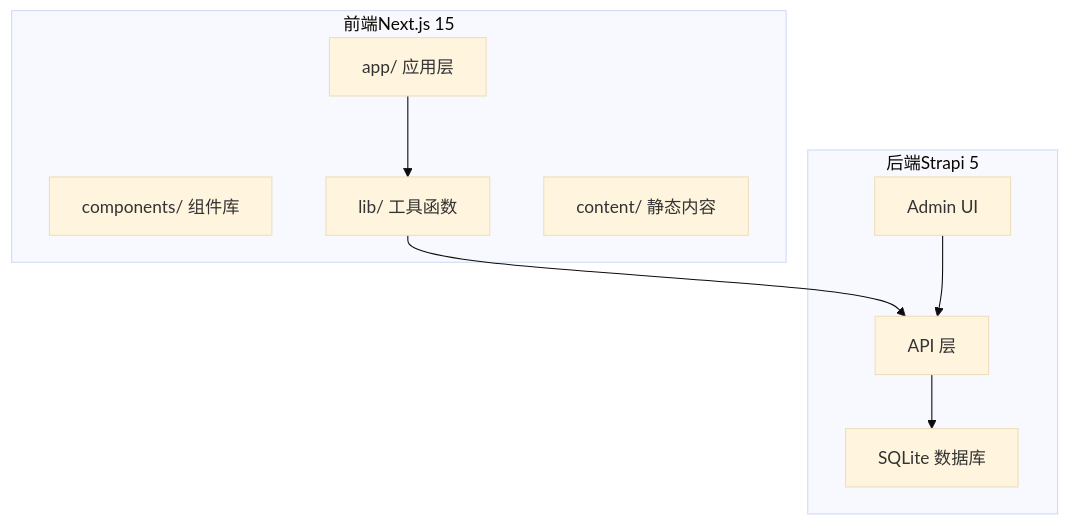
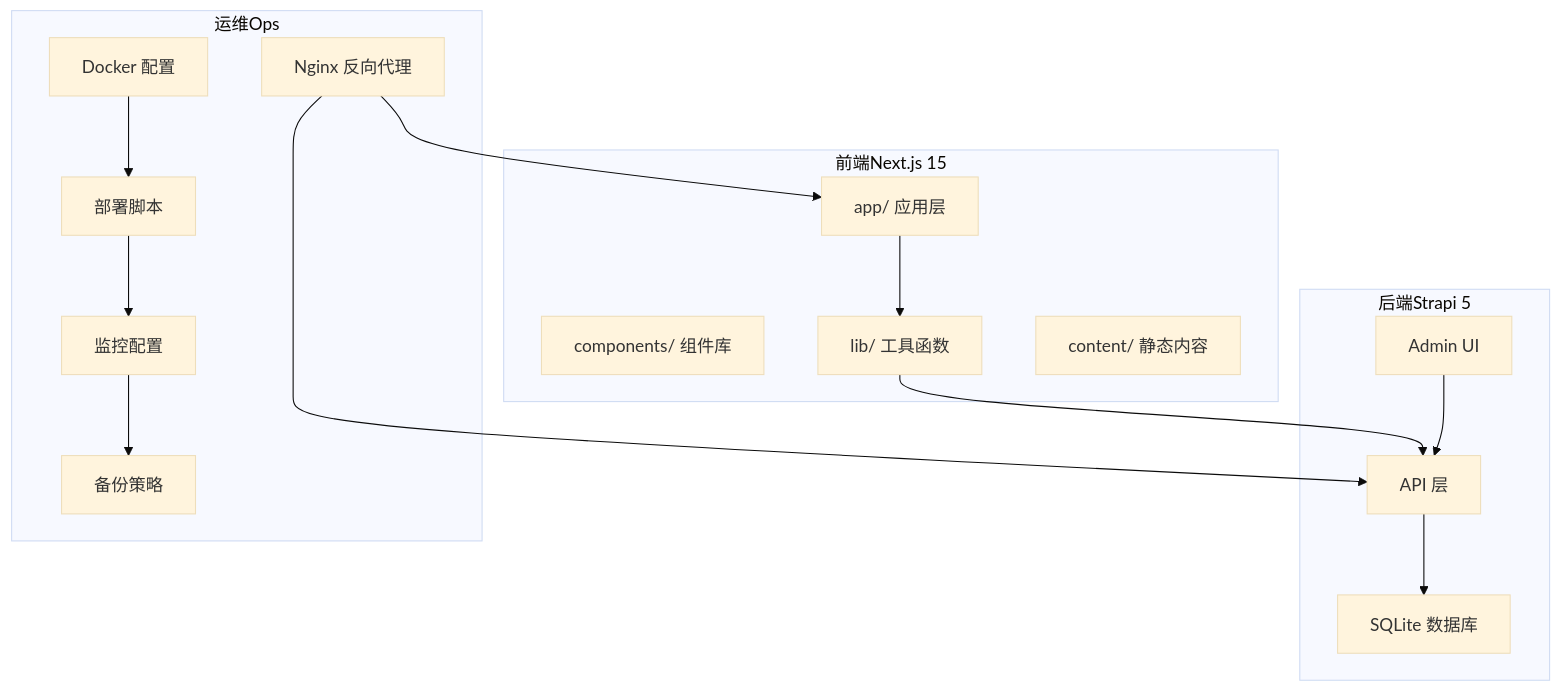
One commit to Will0253/zczk changed the first of 5 diagrams in .qoder/repowiki/zh/content/规格文档/规格文档.md. Above: the diagram before and after it, drawn with Mermaid (base theme). The commit also changed other lines of this file and 13 other files, not shown here.

````diff
--- a/.qoder/repowiki/zh/content/规格文档/规格文档.md
+++ b/.qoder/repowiki/zh/content/规格文档/规格文档.md
@@ -67,18 +81,30 @@
 ```mermaid
 graph TB
 subgraph "前端Next.js 15"
 FE_App["app/ 应用层"]
 FE_Components["components/ 组件库"]
 FE_Lib["lib/ 工具函数"]
 FE_Content["content/ 静态内容"]
 end
 subgraph "后端Strapi 5"
 BE_API["API 层"]
 BE_DB["SQLite 数据库"]
 BE_Admin["Admin UI"]
 end
+subgraph "运维Ops"
+OPS_Docker["Docker 配置"]
+OPS_Deploy["部署脚本"]
+OPS_Backup["备份策略"]
+OPS_Monitor["监控配置"]
+OPS_Nginx["Nginx 反向代理"]
+end
 FE_App --> FE_Lib
 FE_Lib --> BE_API
 BE_API --> BE_DB
 BE_Admin --> BE_API
+OPS_Docker --> OPS_Deploy
+OPS_Deploy --> OPS_Monitor
+OPS_Monitor --> OPS_Backup
+OPS_Nginx --> FE_App
+OPS_Nginx --> BE_API
 ```
````
